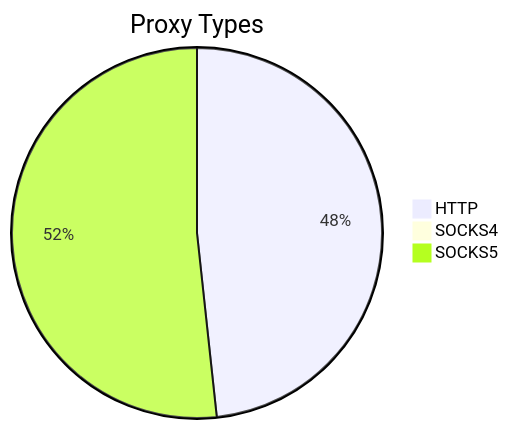
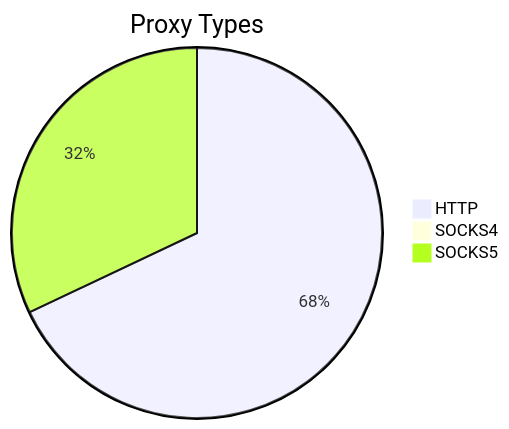
The first of 2 diagrams in README.md (stormsia/proxy-list), drawn with Mermaid before and after one commit. The commit also changed other lines of this file, not shown here.

````diff
--- a/README.md
+++ b/README.md
@@ -21,6 +21,6 @@
 ```mermaid
 pie title Proxy Types
-    "HTTP" : 1897
-    "SOCKS4" : 14
-    "SOCKS5" : 2031
+    "HTTP" : 1422
+    "SOCKS4" : 5
+    "SOCKS5" : 670
 ```
````
